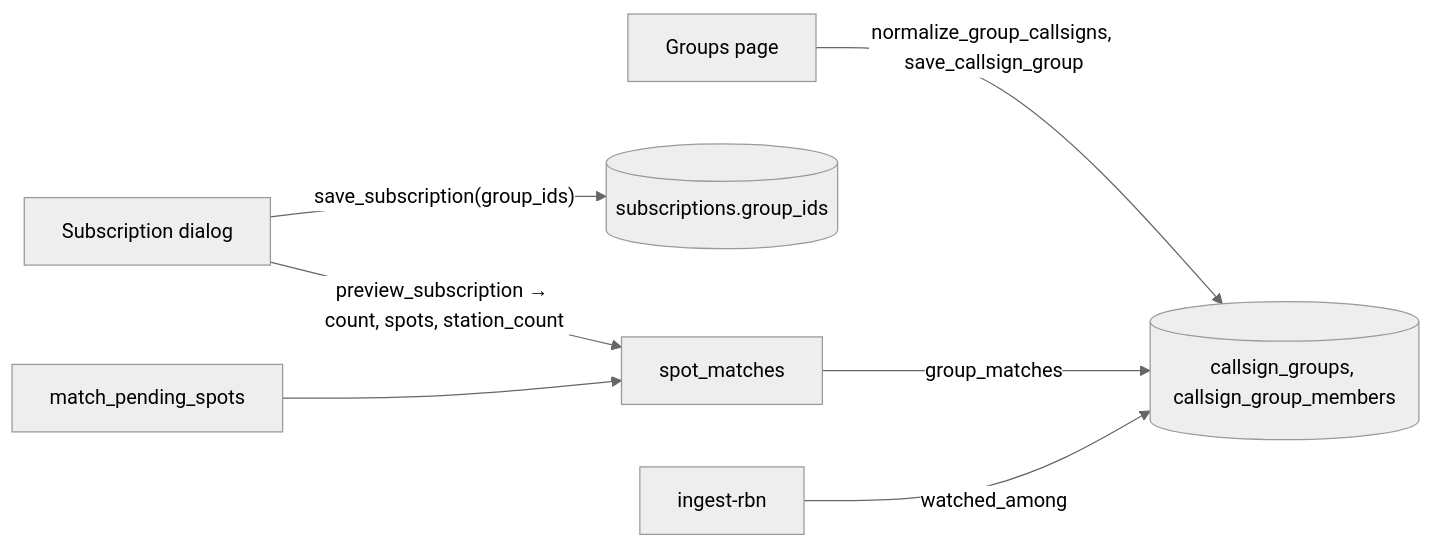
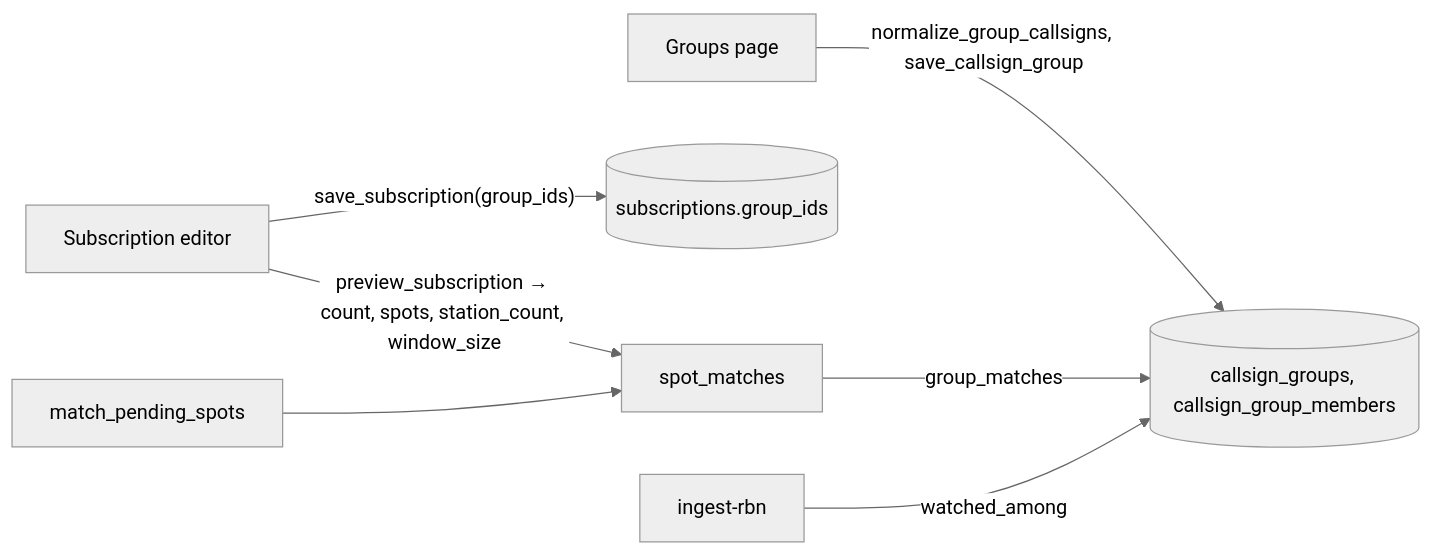
Before and after one commit to johnsonm/longlines: diagram 11 of 11 in docs/ARCHITECTURE.md, drawn with Mermaid (neutral theme). The commit also changed other lines of this file and 20 other files, not shown here.

````diff
--- a/docs/ARCHITECTURE.md
+++ b/docs/ARCHITECTURE.md
@@ -794,9 +794,9 @@
 ```mermaid
 flowchart LR
   GP[Groups page] -- "normalize_group_callsigns, save_callsign_group" --> G[(callsign_groups, callsign_group_members)]
-  SD[Subscription dialog] -- "save_subscription(group_ids)" --> S[(subscriptions.group_ids)]
-  SD -- "preview_subscription → count, spots, station_count" --> PV[spot_matches]
+  SD[Subscription editor] -- "save_subscription(group_ids)" --> S[(subscriptions.group_ids)]
+  SD -- "preview_subscription → count, spots, station_count, window_size" --> PV[spot_matches]
   M[match_pending_spots] --> PV
   PV -- group_matches --> G
   R[ingest-rbn] -- watched_among --> G
 ```
````
